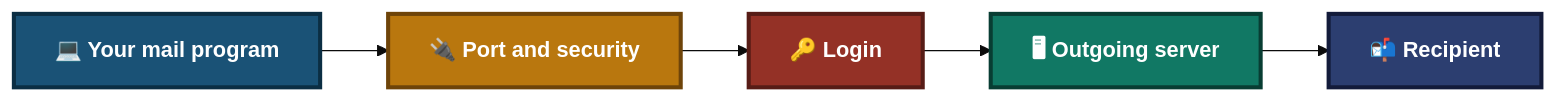
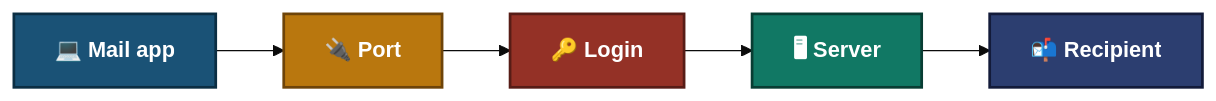
The first of 3 diagrams in 04-Solution-guides/04.2-Email-Guide.md (malaika-azhar/Customer-Tech-Support-Portfolio), drawn with Mermaid (base theme) before and after one commit. The commit also changed other lines of this file, not shown here.

````diff
--- a/04-Solution-guides/04.2-Email-Guide.md
+++ b/04-Solution-guides/04.2-Email-Guide.md
@@ -70,10 +70,9 @@
 ```mermaid
 flowchart LR
-    A["💻 Your mail program"]:::c0 --> B["🔌 Port and security"]:::c1 --> C["🔑 Login"]:::c2 --> D["🖥 Outgoing server"]:::c3 --> E["📬 Recipient"]:::c4
-
-    classDef c0 fill:#1A5276,stroke:#0B2E43,stroke-width:3px,color:#FFFFFF,font-weight:bold
-    classDef c1 fill:#B9770E,stroke:#6E4409,stroke-width:3px,color:#FFFFFF,font-weight:bold
-    classDef c2 fill:#943126,stroke:#571C16,stroke-width:3px,color:#FFFFFF,font-weight:bold
-    classDef c3 fill:#117864,stroke:#083D33,stroke-width:3px,color:#FFFFFF,font-weight:bold
-    classDef c4 fill:#2C3E70,stroke:#131B3A,stroke-width:3px,color:#FFFFFF,font-weight:bold
+    A["💻 Mail app"]:::c0 --> B["🔌 Port"]:::c1 --> C["🔑 Login"]:::c2 --> D["🖥 Server"]:::c3 --> E["📬 Recipient"]:::c4
+    classDef c0 fill:#1A5276,stroke:#0B2E43,stroke-width:2px,color:#FFFFFF,font-weight:bold
+    classDef c1 fill:#B9770E,stroke:#6E4409,stroke-width:2px,color:#FFFFFF,font-weight:bold
+    classDef c2 fill:#943126,stroke:#571C16,stroke-width:2px,color:#FFFFFF,font-weight:bold
+    classDef c3 fill:#117864,stroke:#083D33,stroke-width:2px,color:#FFFFFF,font-weight:bold
+    classDef c4 fill:#2C3E70,stroke:#131B3A,stroke-width:2px,color:#FFFFFF,font-weight:bold
 ```
````
